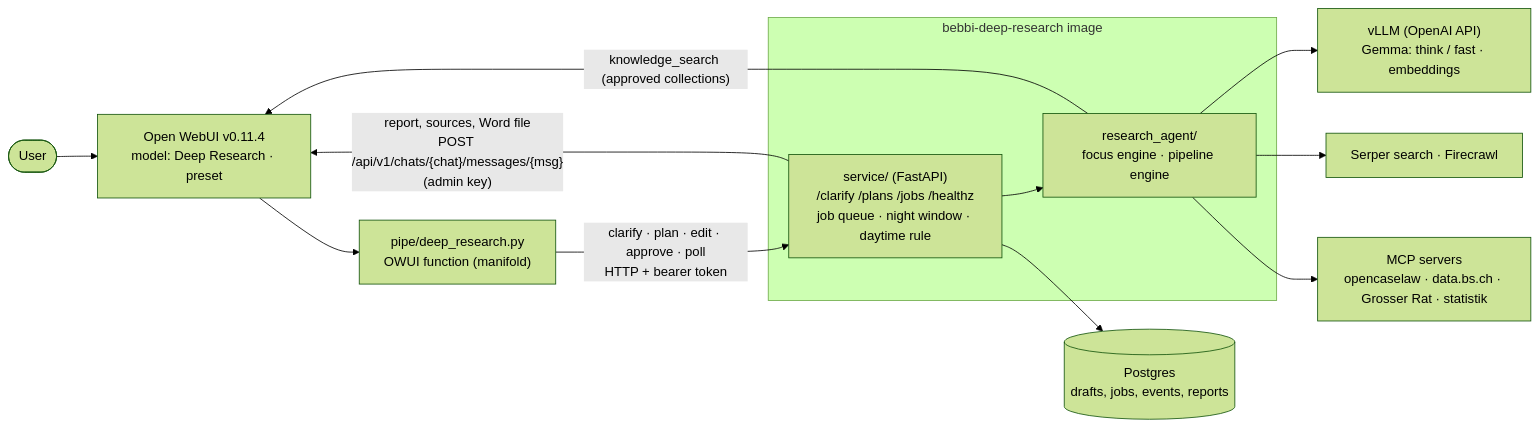
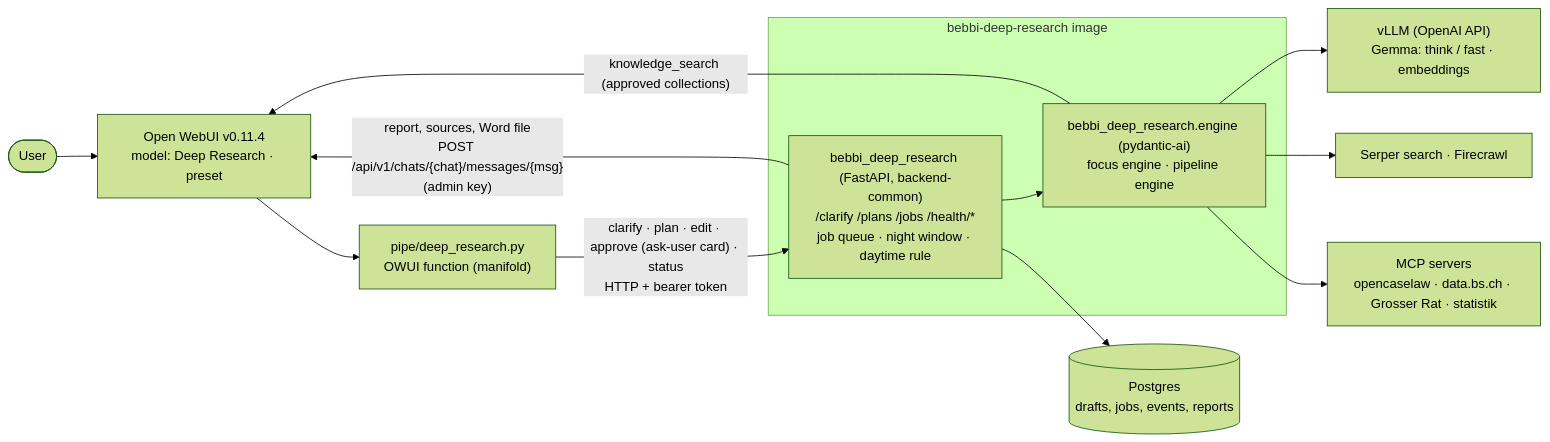
One commit to DCC-BS/bebbi-deep-research changed the diagram in README.md. Above: the diagram before and after it, drawn with Mermaid (forest theme). The commit also changed other lines of this file and 128 other files, not shown here.

````diff
--- a/README.md
+++ b/README.md
@@ -13,19 +13,19 @@
 ```mermaid
 flowchart LR
     user([User]) --> owui["Open WebUI v0.11.4<br/>model: Deep Research · preset"]
     owui --> pipe["pipe/deep_research.py<br/>OWUI function (manifold)"]
-    pipe -- "clarify · plan · edit · approve · poll<br/>HTTP + bearer token" --> svc
+    pipe -- "clarify · plan · edit · approve (ask-user card) · status<br/>HTTP + bearer token" --> svc
     svc -- "report, sources, Word file<br/>POST /api/v1/chats/{chat}/messages/{msg}<br/>(admin key)" --> owui
 
     subgraph svc_box ["bebbi-deep-research image"]
-        svc["service/ (FastAPI)<br/>/clarify /plans /jobs /healthz<br/>job queue · night window · daytime rule"]
-        engine["research_agent/<br/>focus engine · pipeline engine"]
+        svc["bebbi_deep_research (FastAPI, backend-common)<br/>/clarify /plans /jobs /health/*<br/>job queue · night window · daytime rule"]
+        engine["bebbi_deep_research.engine (pydantic-ai)<br/>focus engine · pipeline engine"]
         svc --> engine
     end
 
     svc --> pg[("Postgres<br/>drafts, jobs, events, reports")]
     engine --> llm["vLLM (OpenAI API)<br/>Gemma: think / fast · embeddings"]
     engine --> web["Serper search · Firecrawl"]
     engine --> mcp["MCP servers<br/>opencaselaw · data.bs.ch · Grosser Rat · statistik"]
     engine -- "knowledge_search (approved collections)" --> owui
 ```
````
